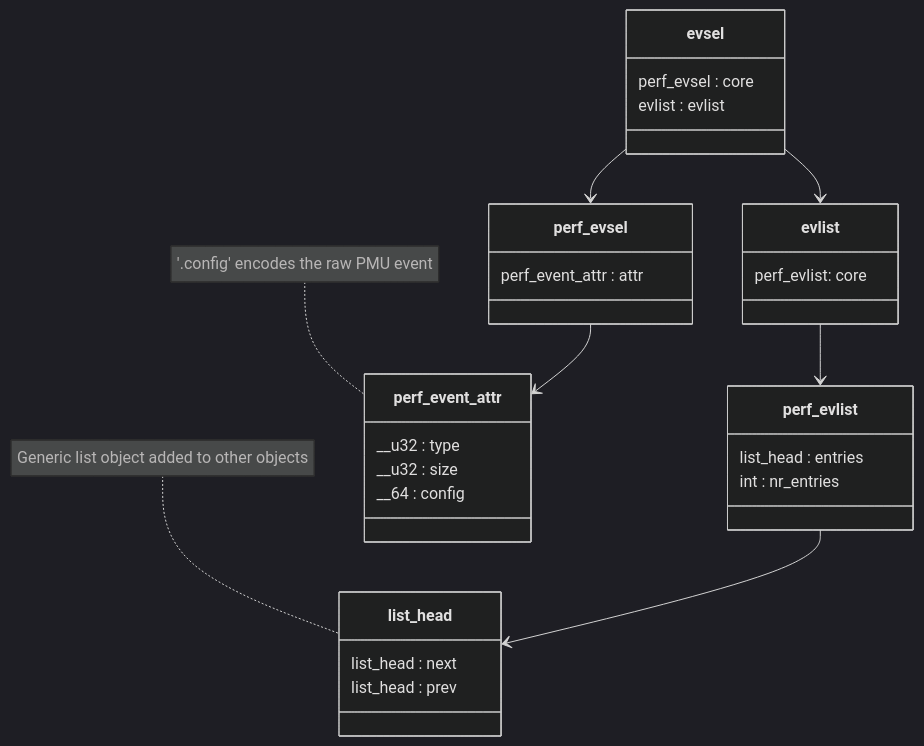
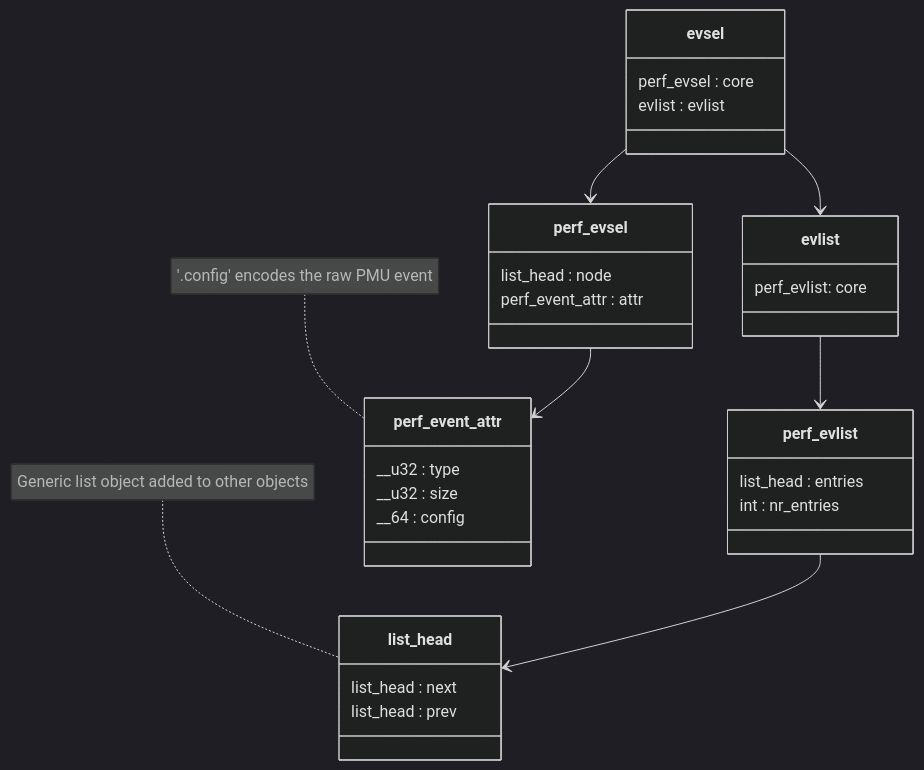
One commit to jamesodhunt/foo changed the diagram in mermaid-classes-2.md. Above: the diagram before and after it, drawn with Mermaid (dark theme). The commit also changed other lines of this file, not shown here.

````diff
--- a/mermaid-classes-2.md
+++ b/mermaid-classes-2.md
@@ -1,45 +3,46 @@
 ```mermaid
 classDiagram
     class evlist {
       perf_evlist: core
     }
 
     class evsel {
       perf_evsel : core
       evlist : evlist
     }
 
     class perf_evlist {
       list_head : entries
       int : nr_entries
     }
 
     class perf_evsel {
+      list_head : node
       perf_event_attr : attr
     }
 
     class perf_event_attr {
       __u32 : type
       __u32 : size
       __64 : config
     }
     note for perf_event_attr "'.config' encodes the raw PMU event"
 
     class perf_event_attr
 
     class list_head {
       list_head : next
       list_head : prev
     }
     note for list_head "Generic list object added to other objects"
 
     %% -------------------------------------------
     %% Define relationships
 
     evlist --> perf_evlist
     evsel --> perf_evsel
     evsel --> evlist
     perf_evsel --> perf_event_attr
     perf_evlist --> list_head
 
 ```
````
